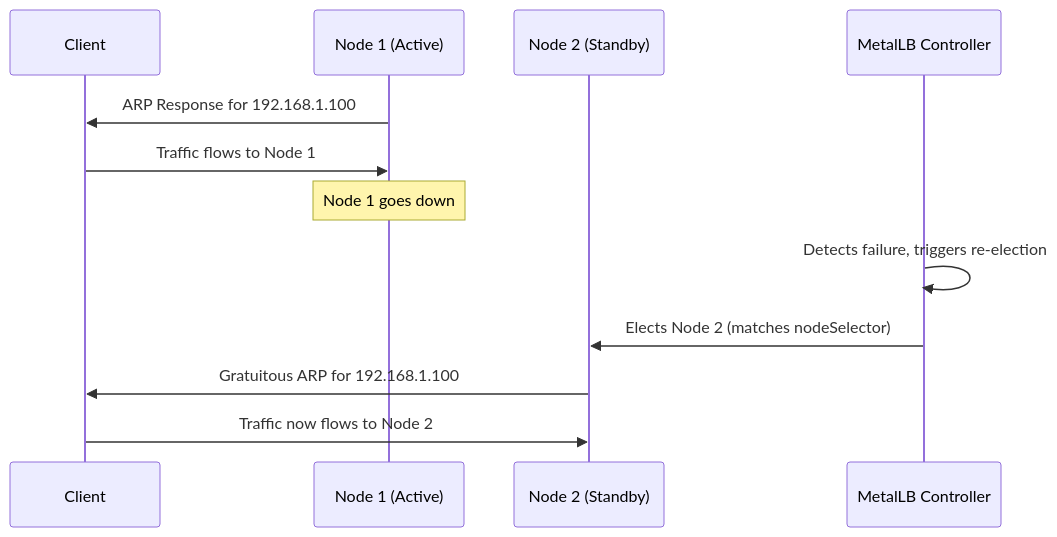
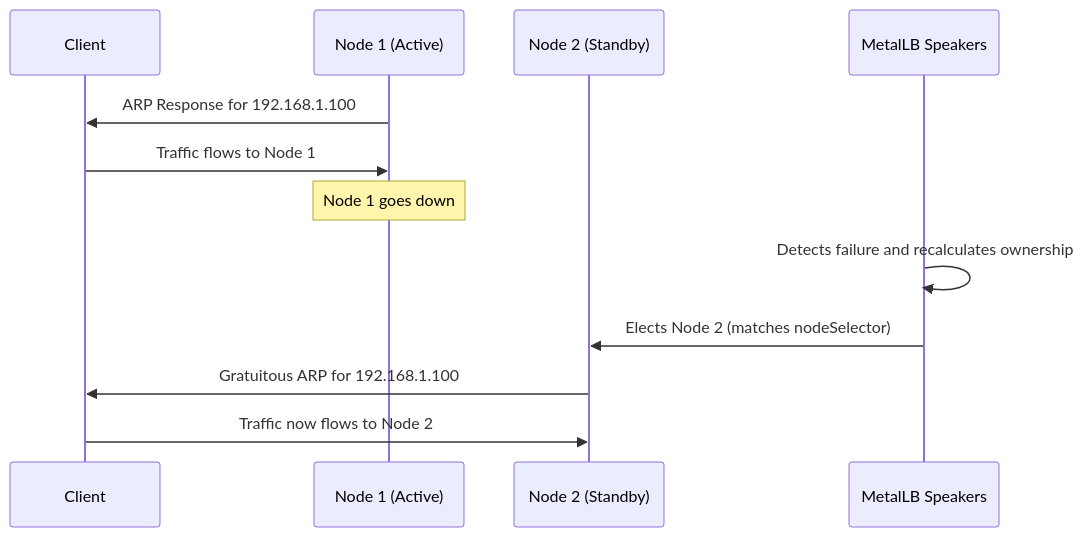
The third of 3 diagrams in posts/2026-02-20-metallb-l2-node-interface-selectors/README.md (OneUptime/blog), drawn with Mermaid before and after one commit. The commit also changed other lines of this file and 2 other files, not shown here.

````diff
--- a/posts/2026-02-20-metallb-l2-node-interface-selectors/README.md
+++ b/posts/2026-02-20-metallb-l2-node-interface-selectors/README.md
@@ -201,17 +202,17 @@
 ```mermaid
 sequenceDiagram
     participant Client
     participant Node1 as Node 1 (Active)
     participant Node2 as Node 2 (Standby)
-    participant MetalLB as MetalLB Controller
+    participant MetalLB as MetalLB Speakers
 
     Node1->>Client: ARP Response for 192.168.1.100
     Client->>Node1: Traffic flows to Node 1
 
     Note over Node1: Node 1 goes down
 
-    MetalLB->>MetalLB: Detects failure, triggers re-election
+    MetalLB->>MetalLB: Detects failure and recalculates ownership
     MetalLB->>Node2: Elects Node 2 (matches nodeSelector)
     Node2->>Client: Gratuitous ARP for 192.168.1.100
     Client->>Node2: Traffic now flows to Node 2
 ```
````
